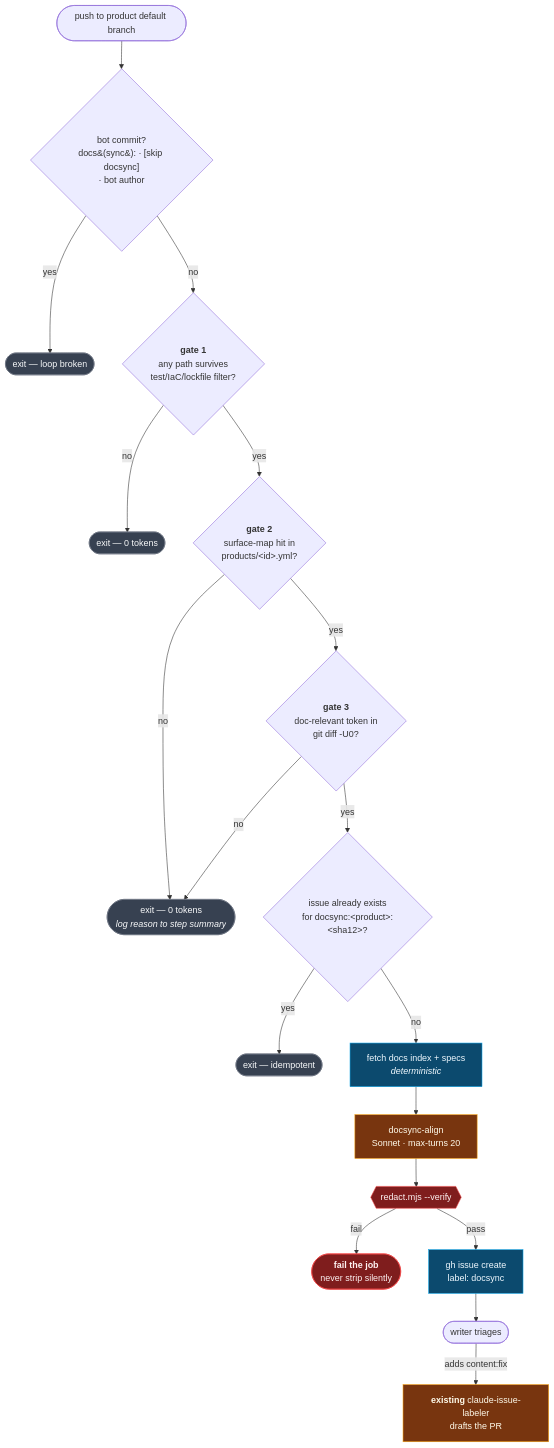
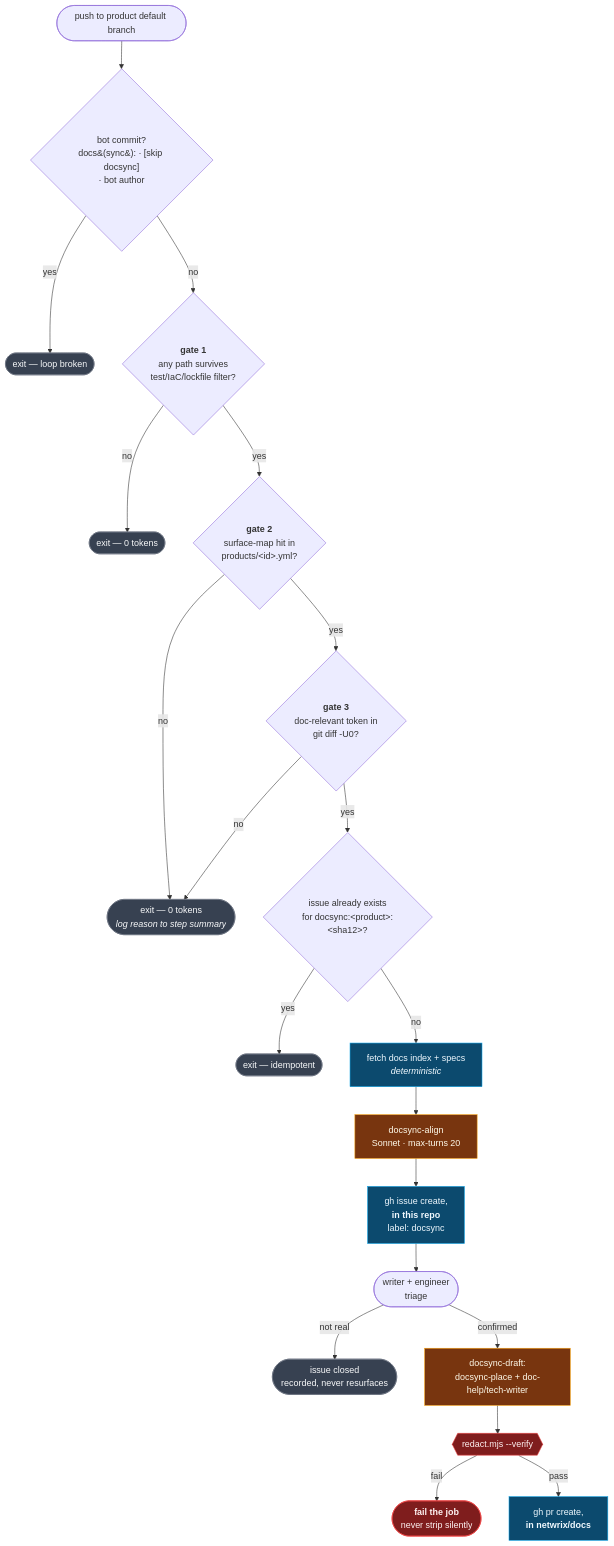
The fifth of 6 diagrams in docsync/README.md (netwrix/docs), drawn with Mermaid before and after one commit. The commit also changed other lines of this file, not shown here.

First line of the commit message:
Propagate the internal-repo-issue decision into the full design

````diff
--- a/docsync/README.md
+++ b/docsync/README.md
@@ -239,29 +245,31 @@
 ```mermaid
 flowchart TB
   PUSH(["push to product default branch"]) --> LOOP{"bot commit?<br/>docs&#40;sync&#41;: · [skip docsync]<br/>· bot author"}
   LOOP -- yes --> STOP1(["exit — loop broken"])
   LOOP -- no --> G1{"<b>gate 1</b><br/>any path survives<br/>test/IaC/lockfile filter?"}
   G1 -- no --> STOP2(["exit — 0 tokens"])
   G1 -- yes --> G2{"<b>gate 2</b><br/>surface-map hit in<br/>products/&lt;id&gt;.yml?"}
   G2 -- no --> STOP3(["exit — 0 tokens<br/><i>log reason to step summary</i>"])
   G2 -- yes --> G3{"<b>gate 3</b><br/>doc-relevant token in<br/>git diff -U0?"}
   G3 -- no --> STOP3
   G3 -- yes --> DEDUPE{"issue already exists<br/>for docsync:&lt;product&gt;:&lt;sha12&gt;?"}
   DEDUPE -- yes --> STOP4(["exit — idempotent"])
   DEDUPE -- no --> FETCH["fetch docs index + specs<br/><i>deterministic</i>"]
   FETCH --> ALIGN["docsync-align<br/>Sonnet · max-turns 20"]
-  ALIGN --> RED{{"redact.mjs --verify"}}
+  ALIGN --> ISSUE["gh issue create,<br/><b>in this repo</b><br/>label: docsync"]
+  ISSUE --> HUMAN(["writer + engineer<br/>triage"])
+  HUMAN -- "not real" --> CLOSE(["issue closed<br/>recorded, never resurfaces"])
+  HUMAN -- "confirmed" --> DRAFT["docsync-draft:<br/>docsync-place + doc-help/tech-writer"]
+  DRAFT --> RED{{"redact.mjs --verify"}}
   RED -- fail --> FAILJOB(["<b>fail the job</b><br/>never strip silently"])
-  RED -- pass --> ISSUE["gh issue create<br/>label: docsync"]
-  ISSUE --> HUMAN(["writer triages"])
-  HUMAN -- "adds content:fix" --> EXISTING["<b>existing</b> claude-issue-labeler<br/>drafts the PR"]
+  RED -- pass --> PROPEN["gh pr create,<br/><b>in netwrix/docs</b>"]
 
   classDef stop fill:#374151,stroke:#6b7280,color:#f9fafb
   classDef det fill:#0c4a6e,stroke:#0ea5e9,color:#f0f9ff
   classDef mod fill:#78350f,stroke:#f59e0b,color:#fffbeb
   classDef gate fill:#7f1d1d,stroke:#ef4444,color:#fef2f2
-  class STOP1,STOP2,STOP3,STOP4 stop
-  class FETCH,ISSUE det
-  class ALIGN,EXISTING mod
+  class STOP1,STOP2,STOP3,STOP4,CLOSE stop
+  class FETCH,ISSUE,PROPEN det
+  class ALIGN,DRAFT mod
   class RED,FAILJOB gate
 ```
````
